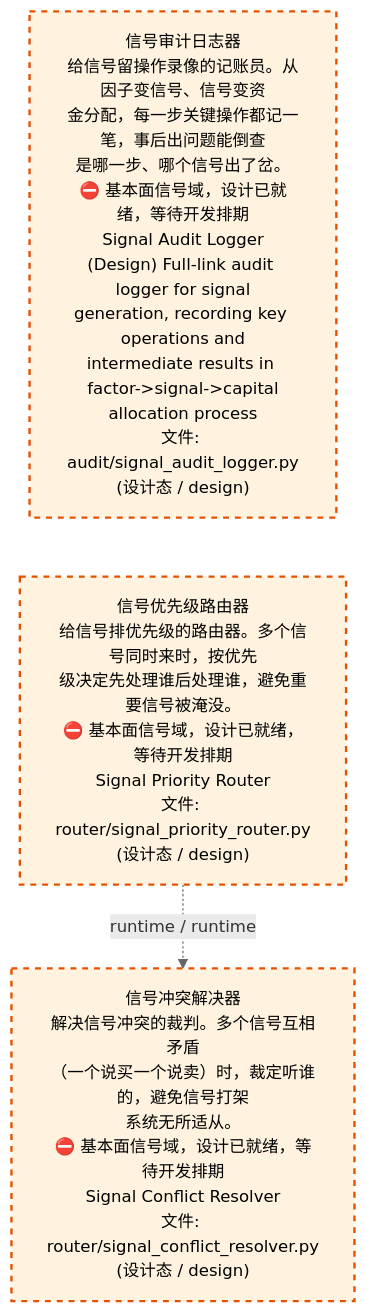
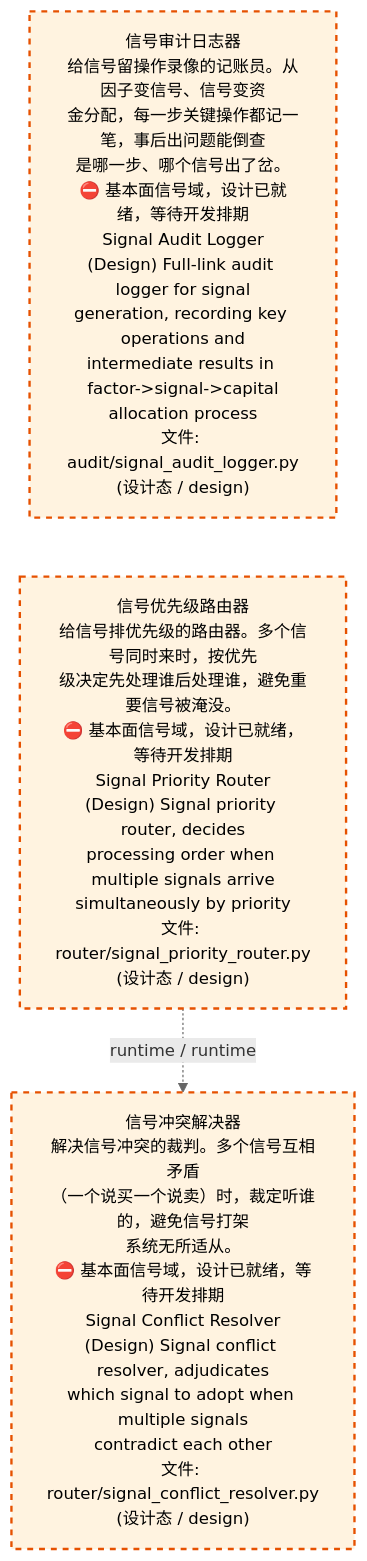
The third of 4 diagrams in docs/02_enterprise_architecture/02_domain_architecture_docs/48_d_fundamental_signal.md (xuanFelixVan/ZephyrAlpha), drawn with Mermaid before and after one commit. The commit also changed other lines of this file and 56 other files, not shown here.

````diff
--- a/docs/02_enterprise_architecture/02_domain_architecture_docs/48_d_fundamental_signal.md
+++ b/docs/02_enterprise_architecture/02_domain_architecture_docs/48_d_fundamental_signal.md
@@ -161,14 +161,14 @@
 ```mermaid
 %%{init: {'theme': 'base', 'themeVariables': {'primaryColor': '#eaeaea', 'primaryTextColor': '#333333', 'primaryBorderColor': '#666666', 'lineColor': '#666666', 'secondaryColor': '#eaeaea', 'tertiaryColor': '#eaeaea', 'fontSize': '14px'}}}%%
 flowchart TD
     src_zephyr_signal_fundamental_audit_signal_audit_logger_py["信号审计日志器<br/>给信号留操作录像的记账员。从因子变信号、信号变资<br/>金分配，每一步关键操作都记一笔，事后出问题能倒查<br/>是哪一步、哪个信号出了岔。<br/>⛔ 基本面信号域，设计已就绪，等待开发排期<br/>Signal Audit Logger<br/>(Design) Full-link audit logger for signal<br/>generation, recording key operations and<br/>intermediate results in factor->signal->capital<br/>allocation process<br/>文件: audit/signal_audit_logger.py<br/>(设计态 / design)"]
-    src_zephyr_signal_fundamental_router_signal_priority_router_py["信号优先级路由器<br/>给信号排优先级的路由器。多个信号同时来时，按优先<br/>级决定先处理谁后处理谁，避免重要信号被淹没。<br/>⛔ 基本面信号域，设计已就绪，等待开发排期<br/>Signal Priority Router<br/>文件: router/signal_priority_router.py<br/>(设计态 / design)"]
+    src_zephyr_signal_fundamental_router_signal_priority_router_py["信号优先级路由器<br/>给信号排优先级的路由器。多个信号同时来时，按优先<br/>级决定先处理谁后处理谁，避免重要信号被淹没。<br/>⛔ 基本面信号域，设计已就绪，等待开发排期<br/>Signal Priority Router<br/>(Design) Signal priority router, decides<br/>processing order when multiple signals arrive<br/>simultaneously by priority<br/>文件: router/signal_priority_router.py<br/>(设计态 / design)"]
     src_zephyr_signal_fundamental_audit_signal_audit_logger_py ~~~ src_zephyr_signal_fundamental_router_signal_priority_router_py
-    src_zephyr_signal_fundamental_router_signal_conflict_resolver_py["信号冲突解决器<br/>解决信号冲突的裁判。多个信号互相矛盾<br/>（一个说买一个说卖）时，裁定听谁的，避免信号打架<br/>系统无所适从。<br/>⛔ 基本面信号域，设计已就绪，等待开发排期<br/>Signal Conflict Resolver<br/>文件: router/signal_conflict_resolver.py<br/>(设计态 / design)"]
+    src_zephyr_signal_fundamental_router_signal_conflict_resolver_py["信号冲突解决器<br/>解决信号冲突的裁判。多个信号互相矛盾<br/>（一个说买一个说卖）时，裁定听谁的，避免信号打架<br/>系统无所适从。<br/>⛔ 基本面信号域，设计已就绪，等待开发排期<br/>Signal Conflict Resolver<br/>(Design) Signal conflict resolver, adjudicates<br/>which signal to adopt when multiple signals<br/>contradict each other<br/>文件: router/signal_conflict_resolver.py<br/>(设计态 / design)"]
     src_zephyr_signal_fundamental_router_signal_priority_router_py -.->|runtime / runtime| src_zephyr_signal_fundamental_router_signal_conflict_resolver_py
     classDef production fill:#e1f5fe,stroke:#01579b,stroke-width:2px,color:#000
     classDef design fill:#fff3e0,stroke:#e65100,stroke-width:2px,color:#000,stroke-dasharray: 5 5
     classDef external_prod fill:#e8f4fd,stroke:#0277bd,stroke-width:1px,color:#000
     classDef external_design fill:#fff8e7,stroke:#ef6c00,stroke-width:1px,color:#000,stroke-dasharray: 5 5
     class src_zephyr_signal_fundamental_audit_signal_audit_logger_py,src_zephyr_signal_fundamental_router_signal_conflict_resolver_py,src_zephyr_signal_fundamental_router_signal_priority_router_py design
 ```
````
